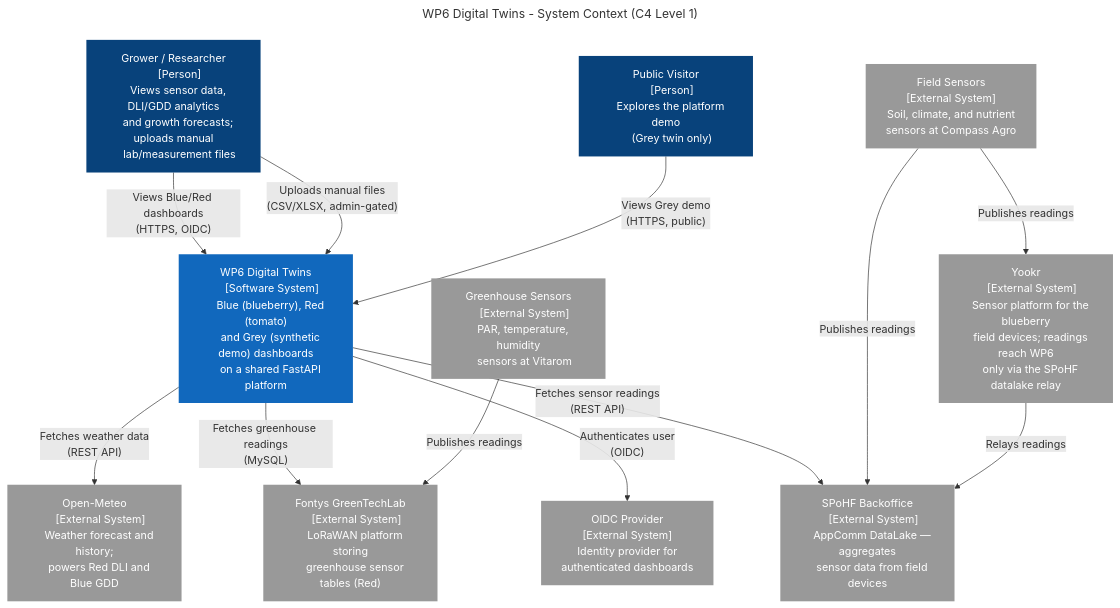
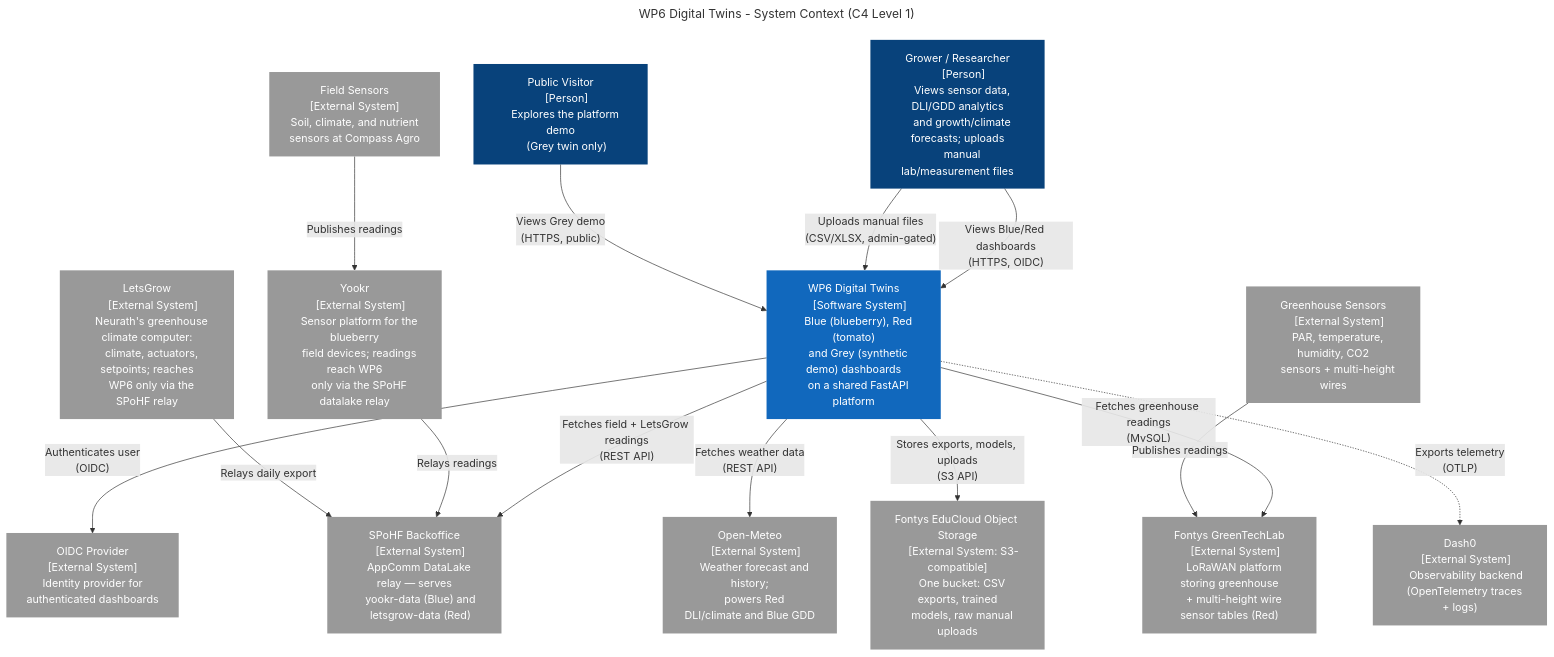
Before and after one commit to SPOHF/SPoHF-WP6-Twins: the first of 5 diagrams in docs/architecture/index.md, drawn with Mermaid. The commit also changed other lines of this file and 5 other files, not shown here.

First line of the commit message:
docs(architecture): refresh C4 diagrams — object storage, LetsGrow sync, v2 cluster

````diff
--- a/docs/architecture/index.md
+++ b/docs/architecture/index.md
@@ -49,8 +47,8 @@
     grower["Grower / Researcher
     [Person]
     Views sensor data, DLI/GDD analytics
-    and growth forecasts; uploads manual
-    lab/measurement files"]:::person
+    and growth/climate forecasts; uploads
+    manual lab/measurement files"]:::person
 
     visitor["Public Visitor
     [Person]
@@ -65,8 +63,9 @@
 
     spohf["SPoHF Backoffice
     [External System]
-    AppComm DataLake — aggregates
-    sensor data from field devices"]:::external
+    AppComm DataLake relay — serves
+    yookr-data (Blue) and
+    letsgrow-data (Red)"]:::external
 
     yookr["Yookr
     [External System]
@@ -74,25 +73,41 @@
     field devices; readings reach WP6
     only via the SPoHF datalake relay"]:::external
 
+    letsgrow["LetsGrow
+    [External System]
+    Neurath's greenhouse climate computer:
+    climate, actuators, setpoints; reaches
+    WP6 only via the SPoHF relay"]:::external
+
     openmeteo["Open-Meteo
     [External System]
     Weather forecast and history;
-    powers Red DLI and Blue GDD"]:::external
+    powers Red DLI/climate and Blue GDD"]:::external
 
     oidc["OIDC Provider
     [External System]
     Identity provider for
     authenticated dashboards"]:::external
 
+    objstore["Fontys EduCloud Object Storage
+    [External System: S3-compatible]
+    One bucket: CSV exports, trained
+    models, raw manual uploads"]:::external
+
+    dash0["Dash0
+    [External System]
+    Observability backend
+    (OpenTelemetry traces + logs)"]:::external
+
     greentechlab["Fontys GreenTechLab
     [External System]
-    LoRaWAN platform storing
-    greenhouse sensor tables (Red)"]:::external
+    LoRaWAN platform storing greenhouse
+    + multi-height wire sensor tables (Red)"]:::external
 
     greenhouse["Greenhouse Sensors
     [External System]
-    PAR, temperature, humidity
-    sensors at Vitarom"]:::external
+    PAR, temperature, humidity, CO2
+    sensors + multi-height wires"]:::external
 
     field["Field Sensors
     [External System]
@@ -103,11 +118,13 @@
     grower -->|"Uploads manual files\n(CSV/XLSX, admin-gated)"| wp6
     visitor -->|"Views Grey demo\n(HTTPS, public)"| wp6
     wp6 -->|"Authenticates user\n(OIDC)"| oidc
-    wp6 -->|"Fetches sensor readings\n(REST API)"| spohf
+    wp6 -->|"Fetches field + LetsGrow readings\n(REST API)"| spohf
     wp6 -->|"Fetches greenhouse readings\n(MySQL)"| greentechlab
     wp6 -->|"Fetches weather data\n(REST API)"| openmeteo
+    wp6 -->|"Stores exports, models, uploads\n(S3 API)"| objstore
+    wp6 -.->|"Exports telemetry\n(OTLP)"| dash0
     greenhouse -->|"Publishes readings"| greentechlab
-    field -->|"Publishes readings"| spohf
     field -->|"Publishes readings"| yookr
     yookr -->|"Relays readings"| spohf
+    letsgrow -->|"Relays daily export"| spohf
 ```
````
